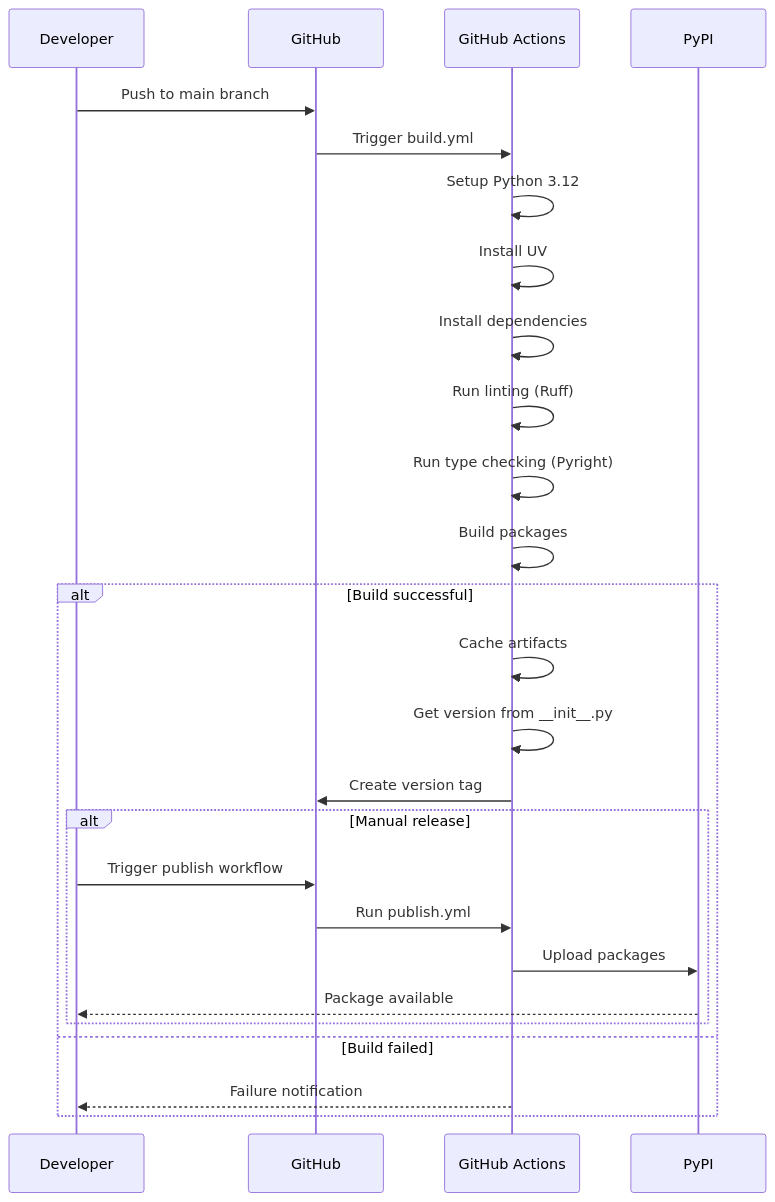
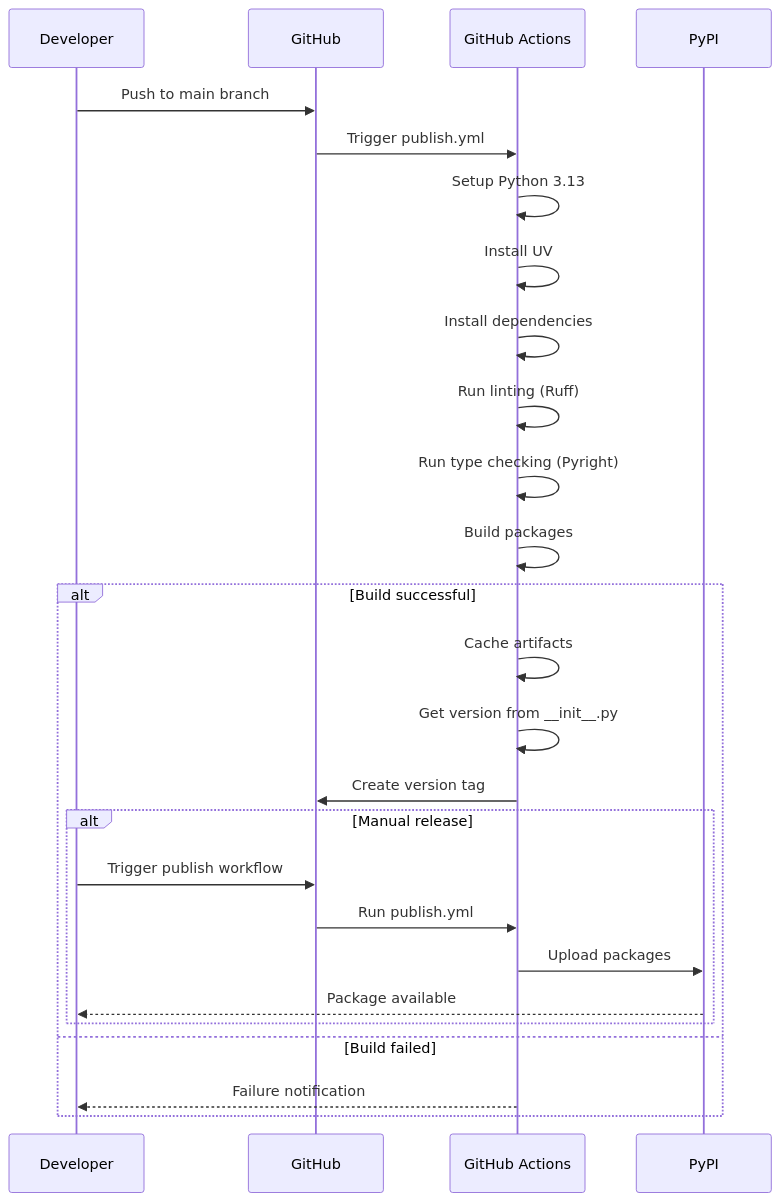
Before and after one commit to paulrobello/par-cli-tts: diagram 13 of 20 in docs/ARCHITECTURE.md, drawn with Mermaid. The commit also changed other lines of this file, not shown here.

First line of the commit message:
docs: sync ARCHITECTURE.md with post-remediation codebase

````diff
--- a/docs/ARCHITECTURE.md
+++ b/docs/ARCHITECTURE.md
@@ -1042,32 +1056,32 @@
 ```mermaid
 sequenceDiagram
     participant Dev as Developer
     participant GH as GitHub
     participant GA as GitHub Actions
     participant PyPI as PyPI
 
     Dev->>GH: Push to main branch
-    GH->>GA: Trigger build.yml
+    GH->>GA: Trigger publish.yml
 
-    GA->>GA: Setup Python 3.12
+    GA->>GA: Setup Python 3.13
     GA->>GA: Install UV
     GA->>GA: Install dependencies
     GA->>GA: Run linting (Ruff)
     GA->>GA: Run type checking (Pyright)
     GA->>GA: Build packages
 
     alt Build successful
         GA->>GA: Cache artifacts
         GA->>GA: Get version from __init__.py
         GA->>GH: Create version tag
 
         alt Manual release
             Dev->>GH: Trigger publish workflow
             GH->>GA: Run publish.yml
             GA->>PyPI: Upload packages
             PyPI-->>Dev: Package available
         end
     else Build failed
         GA-->>Dev: Failure notification
     end
 ```
````
